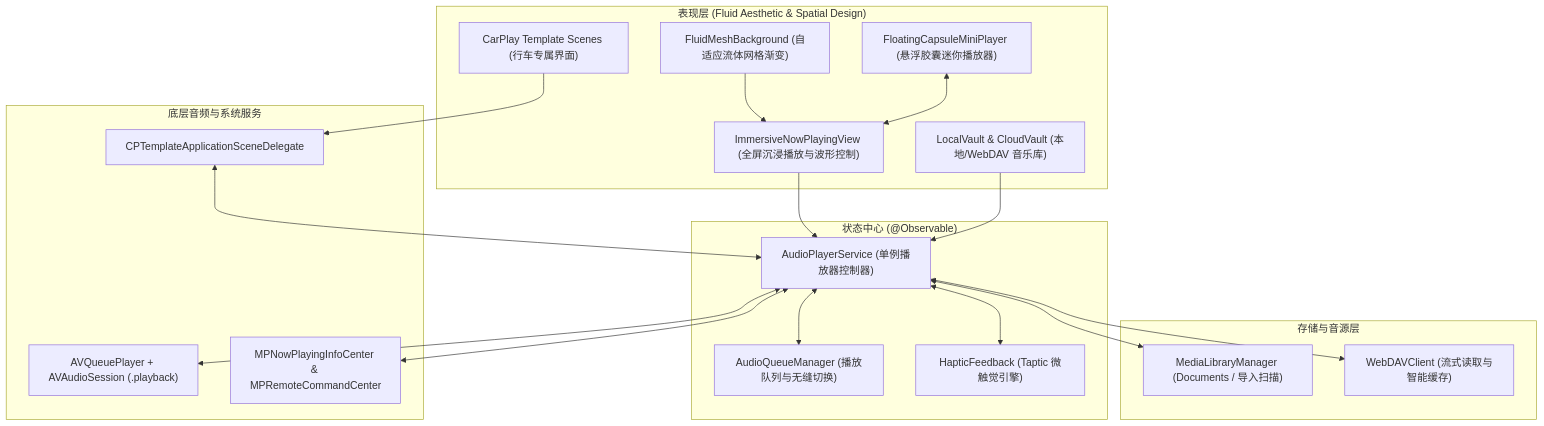
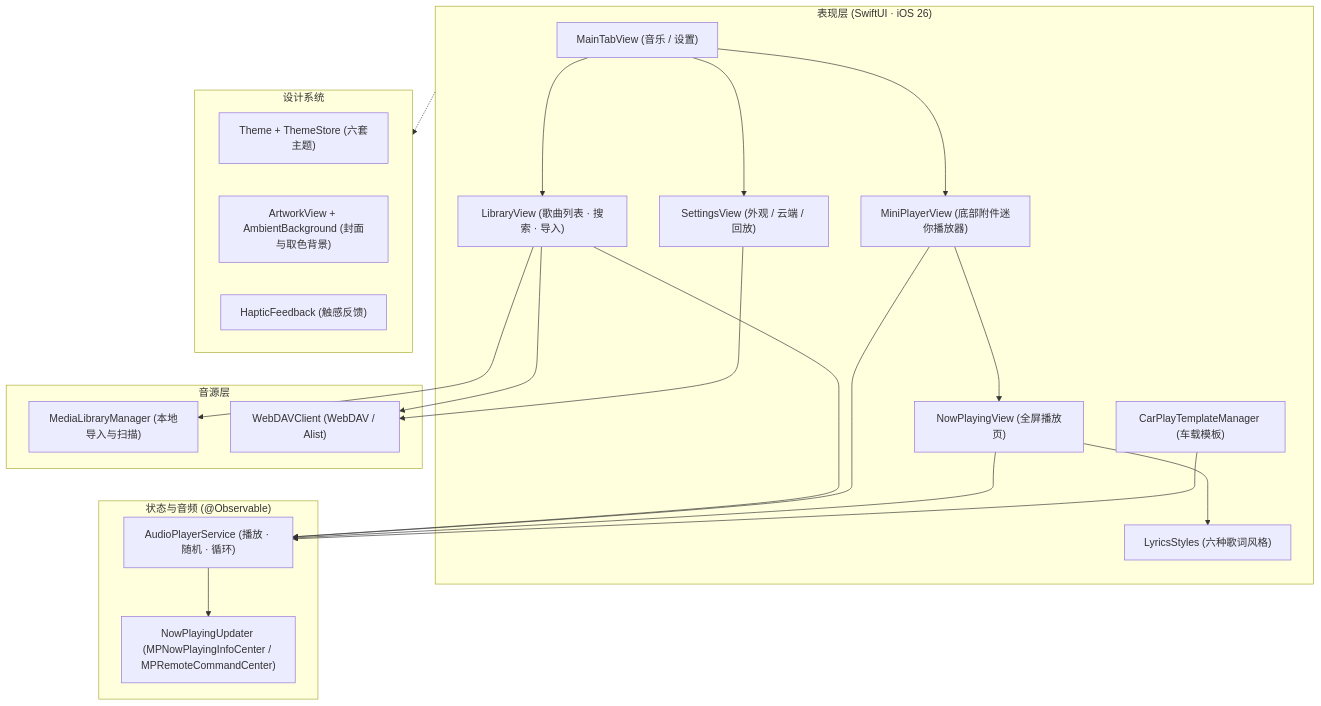
Before and after one commit to chenpingan529/JiZhiMusic: the diagram in README.md, drawn with Mermaid. The commit also changed other lines of this file and 36 other files, not shown here.

Commit message:
feat: add high-energy Chinese DJ car audio track, neon cover, and app icon assets

````diff
--- a/README.md
+++ b/README.md
@@ -55,40 +60,37 @@
 ```mermaid
 flowchart TD
-    subgraph UI ["表现层 (Fluid Aesthetic & Spatial Design)"]
-        MeshBG["FluidMeshBackground (自适应流体网格渐变)"]
-        Dock["FloatingCapsuleMiniPlayer (悬浮胶囊迷你播放器)"]
-        Hero["ImmersiveNowPlayingView (全屏沉浸播放与波形控制)"]
-        Vault["LocalVault & CloudVault (本地/WebDAV 音乐库)"]
-        CarPlayView["CarPlay Template Scenes (行车专属界面)"]
+    subgraph UI ["表现层 (SwiftUI · iOS 26)"]
+        Tabs["MainTabView (音乐 / 设置)"]
+        Library["LibraryView (歌曲列表 · 搜索 · 导入)"]
+        Mini["MiniPlayerView (底部附件迷你播放器)"]
+        NowPlaying["NowPlayingView (全屏播放页)"]
+        Lyrics["LyricsStyles (六种歌词风格)"]
+        Settings["SettingsView (外观 / 云端 / 回放)"]
+        CarPlayView["CarPlayTemplateManager (车载模板)"]
     end
 
-    subgraph State ["状态中心 (@Observable)"]
-        PlayerService["AudioPlayerService (单例播放器控制器)"]
-        QueueManager["AudioQueueManager (播放队列与无缝切换)"]
-        HapticCenter["HapticFeedback (Taptic 微触觉引擎)"]
+    subgraph Design ["设计系统"]
+        Theme["Theme + ThemeStore (六套主题)"]
+        Artwork["ArtworkView + AmbientBackground (封面与取色背景)"]
+        Haptics["HapticFeedback (触感反馈)"]
     end
 
-    subgraph Audio ["底层音频与系统服务"]
-        AVPlayerCore["AVQueuePlayer + AVAudioSession (.playback)"]
-        NowPlayingCenter["MPNowPlayingInfoCenter & MPRemoteCommandCenter"]
-        CarPlayScene["CPTemplateApplicationSceneDelegate"]
+    subgraph State ["状态与音频 (@Observable)"]
+        Player["AudioPlayerService (播放 · 随机 · 循环)"]
+        NowPlayingInfo["NowPlayingUpdater (MPNowPlayingInfoCenter / MPRemoteCommandCenter)"]
     end
 
-    subgraph Storage ["存储与音源层"]
-        LocalScanner["MediaLibraryManager (Documents / 导入扫描)"]
-        WebDAVEngine["WebDAVClient (流式读取与智能缓存)"]
+    subgraph Storage ["音源层"]
+        Local["MediaLibraryManager (本地导入与扫描)"]
+        WebDAV["WebDAVClient (WebDAV / Alist)"]
     end
 
-    MeshBG --> Hero
-    Dock <--> Hero
-    Hero --> PlayerService
-    Vault --> PlayerService
-    CarPlayView --> CarPlayScene
-    CarPlayScene <--> PlayerService
-    PlayerService <--> QueueManager
-    PlayerService <--> AVPlayerCore
-    PlayerService <--> NowPlayingCenter
-    PlayerService <--> HapticCenter
-    PlayerService <--> LocalScanner
-    PlayerService <--> WebDAVEngine
+    Tabs --> Library & Settings & Mini
+    Mini --> NowPlaying --> Lyrics
+    Library & Mini & NowPlaying --> Player
+    CarPlayView --> Player
+    Player --> NowPlayingInfo
+    Library --> Local & WebDAV
+    Settings --> WebDAV
+    UI -.-> Design
 ```
````
